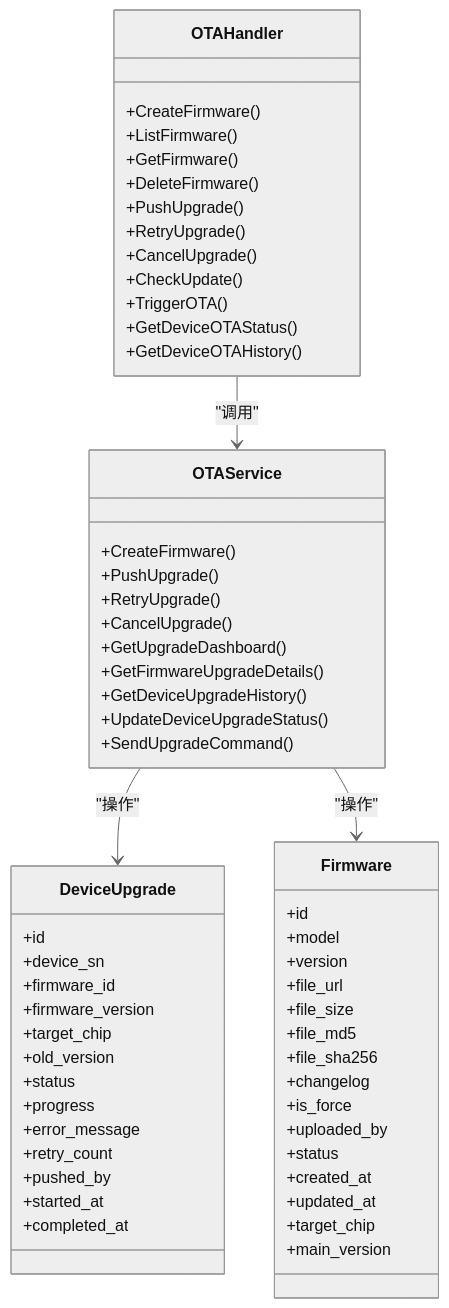
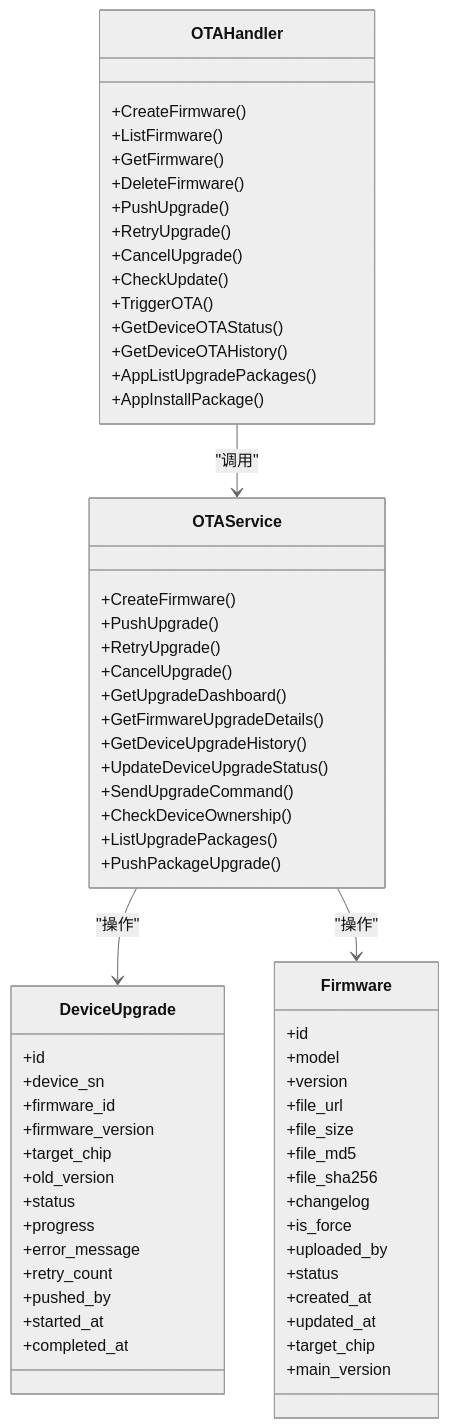
Before and after one commit to mcmrzy/cs_inv_monitor-develop: the eighth of 9 diagrams in .qoder/repowiki/zh/content/API参考文档/OTA升级API.md, drawn with Mermaid (neutral theme). The commit also changed other lines of this file and 12 other files, not shown here.

````diff
--- a/.qoder/repowiki/zh/content/API参考文档/OTA升级API.md
+++ b/.qoder/repowiki/zh/content/API参考文档/OTA升级API.md
@@ -294,62 +350,67 @@
 ```mermaid
 classDiagram
 class OTAHandler {
 +CreateFirmware()
 +ListFirmware()
 +GetFirmware()
 +DeleteFirmware()
 +PushUpgrade()
 +RetryUpgrade()
 +CancelUpgrade()
 +CheckUpdate()
 +TriggerOTA()
 +GetDeviceOTAStatus()
 +GetDeviceOTAHistory()
++AppListUpgradePackages()
++AppInstallPackage()
 }
 class OTAService {
 +CreateFirmware()
 +PushUpgrade()
 +RetryUpgrade()
 +CancelUpgrade()
 +GetUpgradeDashboard()
 +GetFirmwareUpgradeDetails()
 +GetDeviceUpgradeHistory()
 +UpdateDeviceUpgradeStatus()
 +SendUpgradeCommand()
++CheckDeviceOwnership()
++ListUpgradePackages()
++PushPackageUpgrade()
 }
 class DeviceUpgrade {
 +id
 +device_sn
 +firmware_id
 +firmware_version
 +target_chip
 +old_version
 +status
 +progress
 +error_message
 +retry_count
 +pushed_by
 +started_at
 +completed_at
 }
 class Firmware {
 +id
 +model
 +version
 +file_url
 +file_size
 +file_md5
 +file_sha256
 +changelog
 +is_force
 +uploaded_by
 +status
 +created_at
 +updated_at
 +target_chip
 +main_version
 }
 OTAHandler --> OTAService : "调用"
 OTAService --> DeviceUpgrade : "操作"
 OTAService --> Firmware : "操作"
 ```
````
